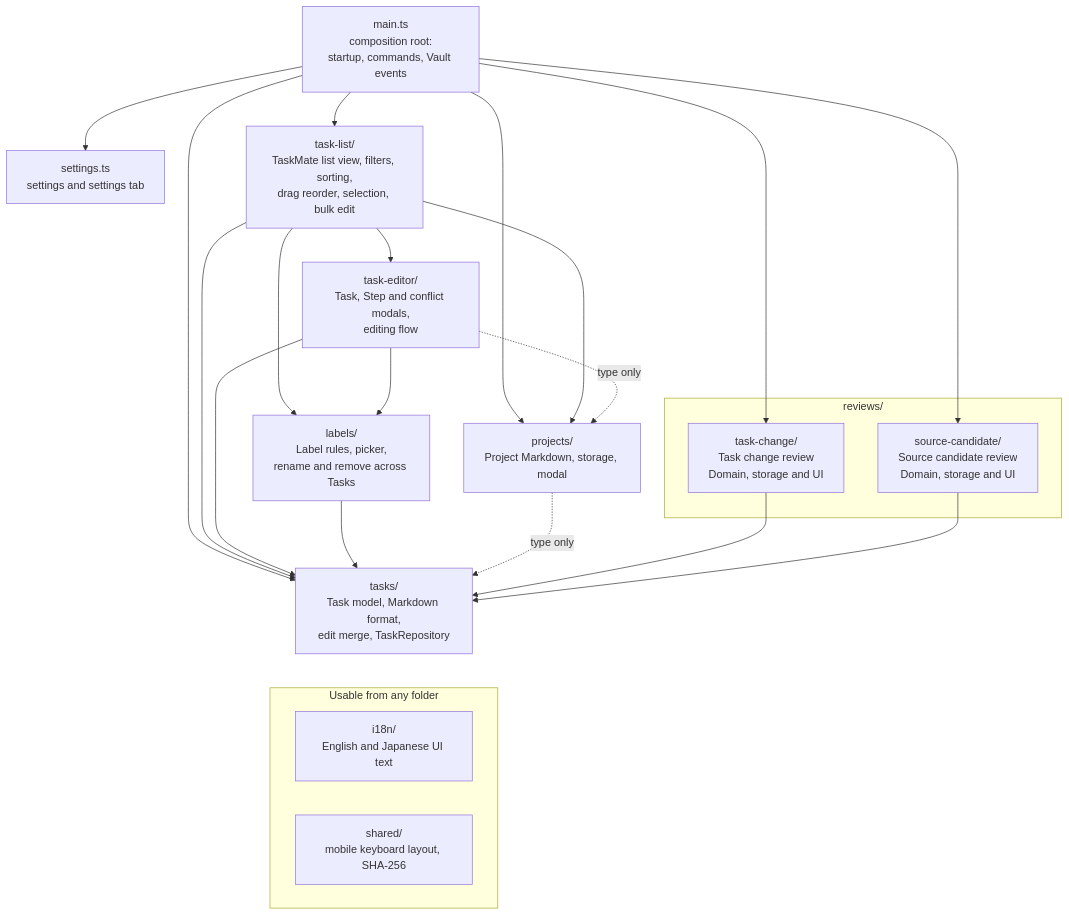
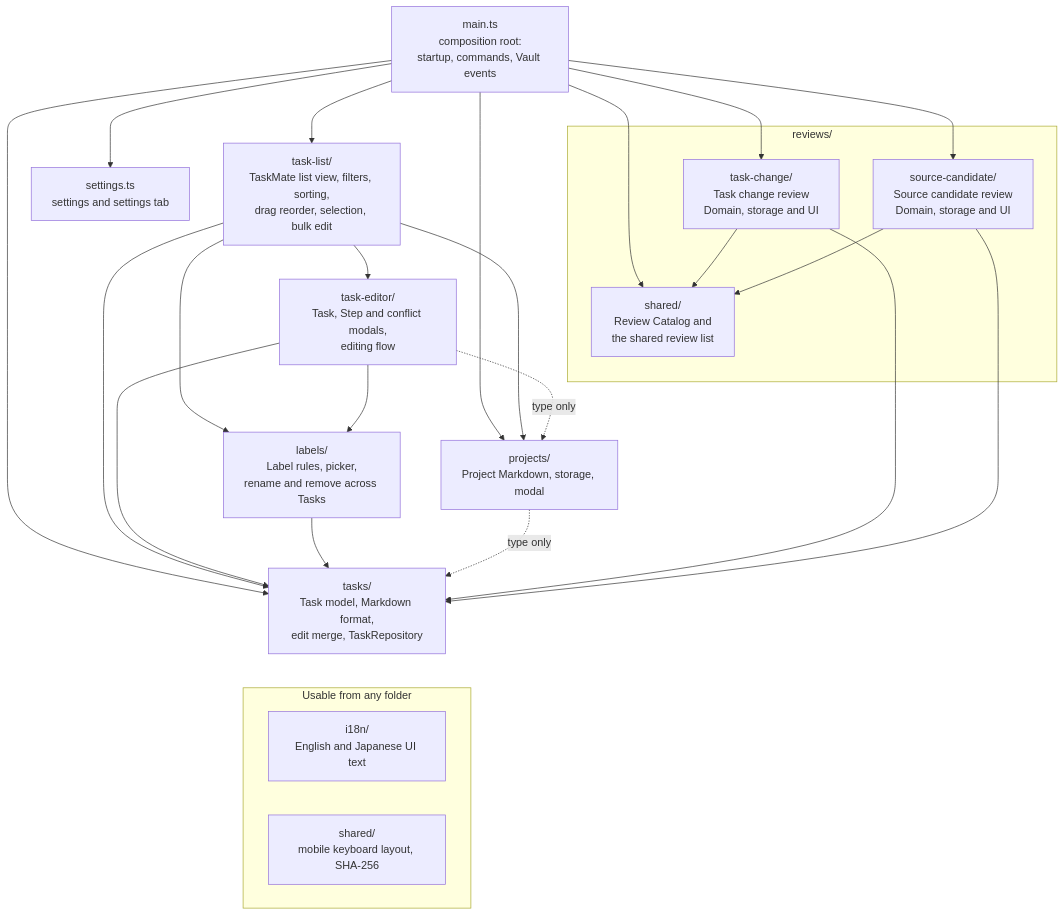
The second of 9 diagrams in docs/engineering/design/system-overview.md (tempu-village/taskmate), drawn with Mermaid before and after one commit. The commit also changed other lines of this file and 24 other files, not shown here.

First line of the commit message:
Add a shared review list (Review Catalog)

````diff
--- a/docs/engineering/design/system-overview.md
+++ b/docs/engineering/design/system-overview.md
@@ -61,43 +61,47 @@
 ```mermaid
 flowchart TB
   main["main.ts<br/>composition root:<br/>startup, commands, Vault events"]
   settings["settings.ts<br/>settings and settings tab"]
 
   tasklist["task-list/<br/>TaskMate list view, filters, sorting,<br/>drag reorder, selection, bulk edit"]
 
   subgraph reviews["reviews/"]
     tcr["task-change/<br/>Task change review<br/>Domain, storage and UI"]
     scr["source-candidate/<br/>Source candidate review<br/>Domain, storage and UI"]
+    rsh["shared/<br/>Review Catalog and<br/>the shared review list"]
   end
 
   editor["task-editor/<br/>Task, Step and conflict modals,<br/>editing flow"]
 
   labels["labels/<br/>Label rules, picker,<br/>rename and remove across Tasks"]
   projects["projects/<br/>Project Markdown, storage, modal"]
 
   tasks["tasks/<br/>Task model, Markdown format,<br/>edit merge, TaskRepository"]
 
   subgraph cross["Usable from any folder"]
     i18n["i18n/<br/>English and Japanese UI text"]
     shared["shared/<br/>mobile keyboard layout, SHA-256"]
   end
 
   main --> settings
   main --> tasklist
   main --> tcr
   main --> scr
+  main --> rsh
   main --> projects
   main --> tasks
   tasklist --> editor
   tasklist --> labels
   tasklist --> projects
   tasklist --> tasks
   editor --> labels
   editor -.->|"type only"| projects
   editor --> tasks
   labels --> tasks
   projects -.->|"type only"| tasks
   tcr --> tasks
   scr --> tasks
+  tcr --> rsh
+  scr --> rsh
   tasks ~~~ cross
 ```
````
